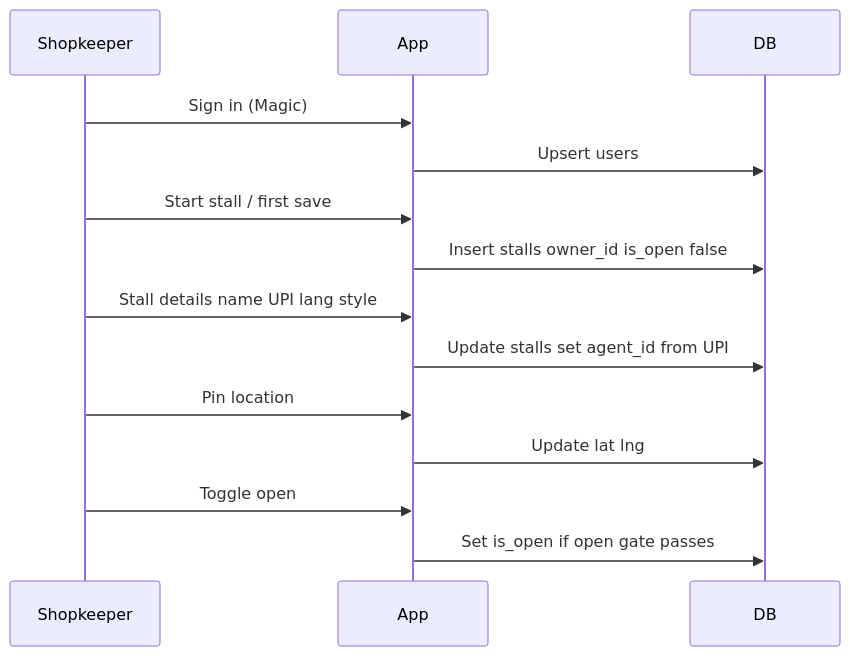
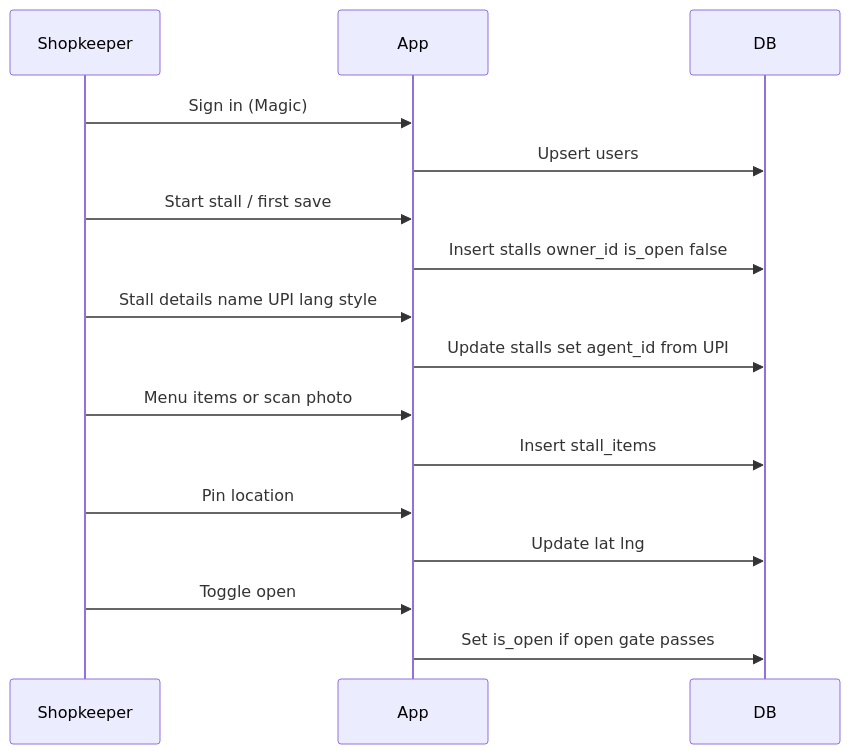
Before and after one commit to NirajBhattarai/molbhav: the second of 2 diagrams in docs/database.md, drawn with Mermaid. The commit also changed other lines of this file and 8 other files, not shown here.

First line of the commit message:
Add stall menu with manual items and Gemini menu-photo scan

````diff
--- a/docs/database.md
+++ b/docs/database.md
@@ -118,17 +132,19 @@
 ```mermaid
 sequenceDiagram
   participant Shopkeeper
   participant App
   participant DB
 
   Shopkeeper->>App: Sign in (Magic)
   App->>DB: Upsert users
   Shopkeeper->>App: Start stall / first save
   App->>DB: Insert stalls owner_id is_open false
   Shopkeeper->>App: Stall details name UPI lang style
   App->>DB: Update stalls set agent_id from UPI
+  Shopkeeper->>App: Menu items or scan photo
+  App->>DB: Insert stall_items
   Shopkeeper->>App: Pin location
   App->>DB: Update lat lng
   Shopkeeper->>App: Toggle open
   App->>DB: Set is_open if open gate passes
 ```
````
